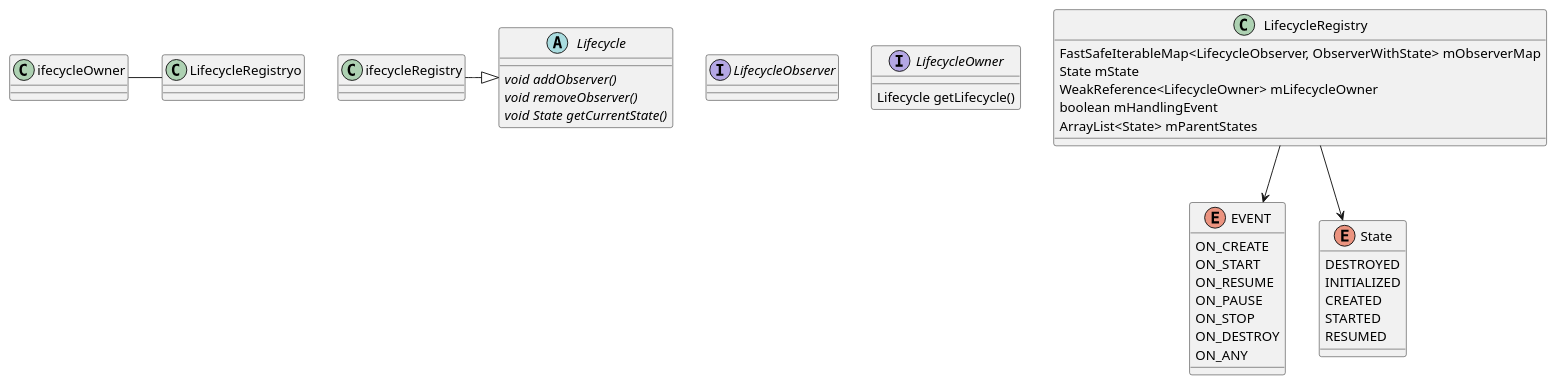
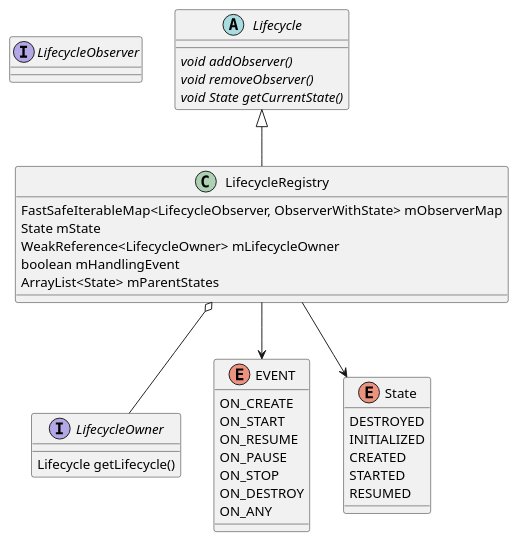
One commit to PJH0x0/aosp-analyze changed the diagram in androidx/lifecycle/lifecycle-core-class.puml. Above: the diagram before and after it, drawn with PlantUML. The commit also changed 8 other files, not shown here.

```diff
--- a/androidx/lifecycle/lifecycle-core-class.puml
+++ b/androidx/lifecycle/lifecycle-core-class.puml
@@ -1,40 +1,40 @@
 @startuml
 interface LifecycleObserver
 interface LifecycleOwner {
     Lifecycle getLifecycle()
 }
 enum EVENT {
     ON_CREATE
     ON_START
     ON_RESUME
     ON_PAUSE
     ON_STOP
     ON_DESTROY
     ON_ANY
 }
 enum State {
     DESTROYED
     INITIALIZED
     CREATED
     STARTED
     RESUMED
 }
 abstract class Lifecycle {
     {abstract} void addObserver()
     {abstract} void removeObserver()
     {abstract} void State getCurrentState()
 }
 class LifecycleRegistry {
     FastSafeIterableMap<LifecycleObserver, ObserverWithState> mObserverMap
     State mState
     WeakReference<LifecycleOwner> mLifecycleOwner
     boolean mHandlingEvent
     ArrayList<State> mParentStates
 }
 
-Lifecycle<|--LifecycleRegistry
-LifecycleRegistryo--LifecycleOwner
-LifecycleRegistry-->EVENT
-LifecycleRegistry-->State
+Lifecycle <|-- LifecycleRegistry
+LifecycleRegistry o-- LifecycleOwner
+LifecycleRegistry --> EVENT
+LifecycleRegistry --> State
 
 @enduml
```
